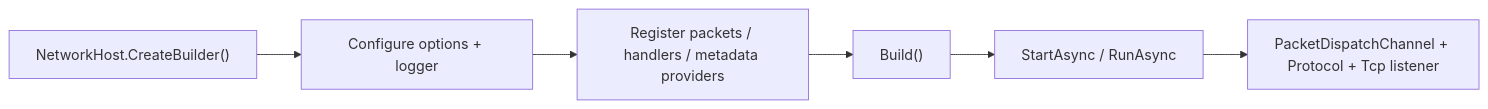
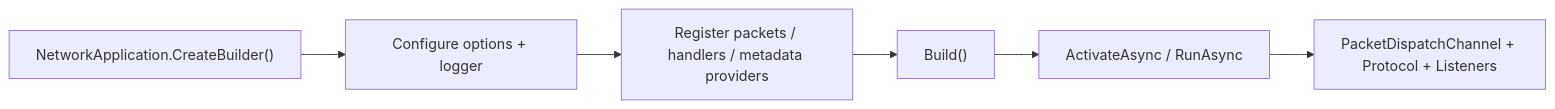
The diagram in docs/packages/nalix-network-hosting.md (ppn-systems/Nalix), drawn with Mermaid before and after one commit. The commit also changed other lines of this file and 220 other files, not shown here.

````diff
--- a/docs/packages/nalix-network-hosting.md
+++ b/docs/packages/nalix-network-hosting.md
@@ -12,8 +12,8 @@
 ```mermaid
 flowchart LR
-    A["NetworkHost.CreateBuilder()"] --> B["Configure options + logger"]
+    A["NetworkApplication.CreateBuilder()"] --> B["Configure options + logger"]
     B --> C["Register packets / handlers / metadata providers"]
     C --> D["Build()"]
-    D --> E["StartAsync / RunAsync"]
-    E --> F["PacketDispatchChannel + Protocol + Tcp listener"]
+    D --> E["ActivateAsync / RunAsync"]
+    E --> F["PacketDispatchChannel + Protocol + Listeners"]
 ```
````
